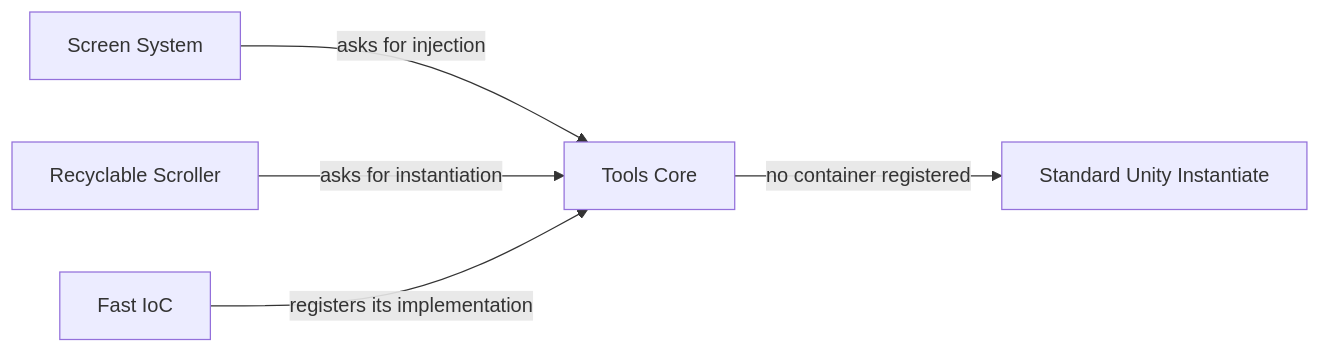
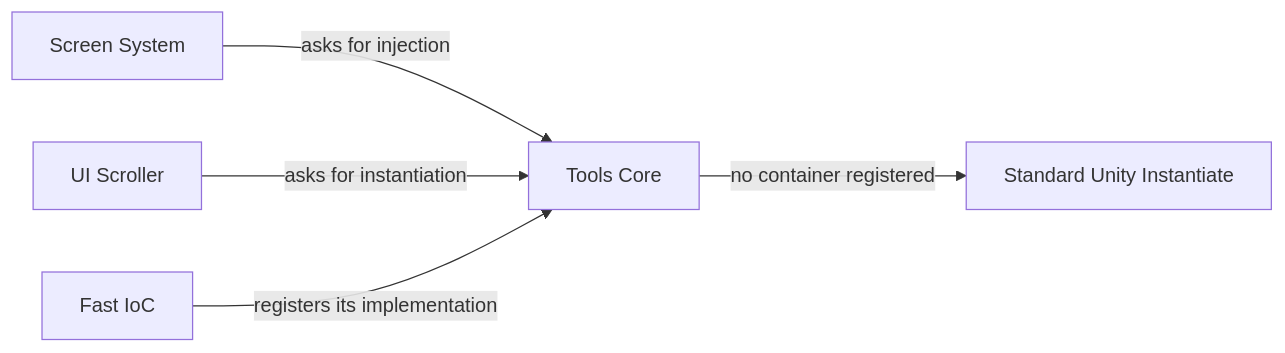
One commit to sgonzalezrozo/unity-tools-core changed the diagram in README.md. Above: the diagram before and after it, drawn with Mermaid. The commit also changed other lines of this file, not shown here.

Commit message:
docs: call the scroller UI Scroller

````diff
--- a/README.md
+++ b/README.md
@@ -19,7 +19,7 @@
 ```mermaid
 flowchart LR
     SS[Screen System] -->|asks for injection| TC[Tools Core]
-    RS[Recyclable Scroller] -->|asks for instantiation| TC
+    RS[UI Scroller] -->|asks for instantiation| TC
     FI[Fast IoC] -->|registers its implementation| TC
     TC -->|no container registered| UN[Standard Unity Instantiate]
 ```
````
